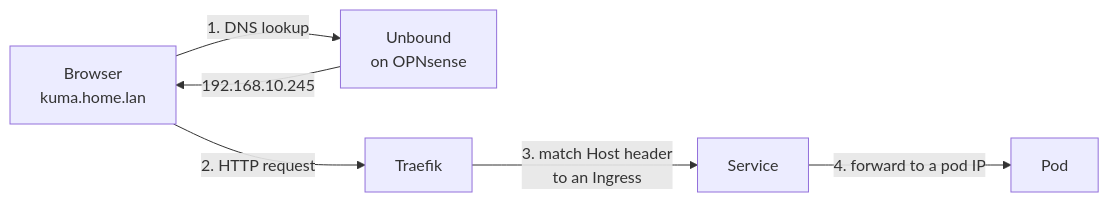
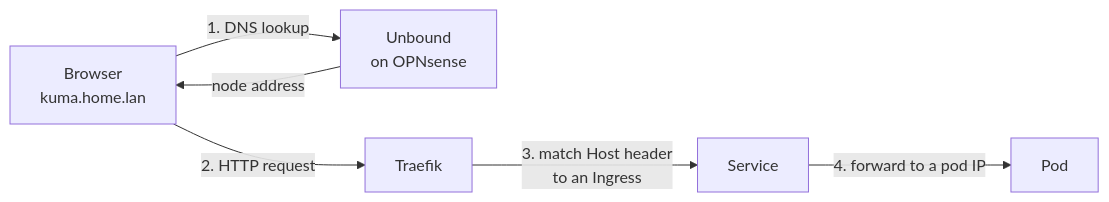
One commit to jaydendh/Homelab changed the second of 2 diagrams in network/README.md. Above: the diagram before and after it, drawn with Mermaid. The commit also changed other lines of this file and 3 other files, not shown here.

````diff
--- a/network/README.md
+++ b/network/README.md
@@ -88,8 +90,8 @@
 ```mermaid
 flowchart LR
     B["Browser<br/>kuma.home.lan"] -->|"1. DNS lookup"| U["Unbound<br/>on OPNsense"]
-    U -->|"192.168.10.245"| B
+    U -->|"node address"| B
     B -->|"2. HTTP request"| T["Traefik"]
     T -->|"3. match Host header<br/>to an Ingress"| S["Service"]
     S -->|"4. forward to a pod IP"| P["Pod"]
 ```
````
